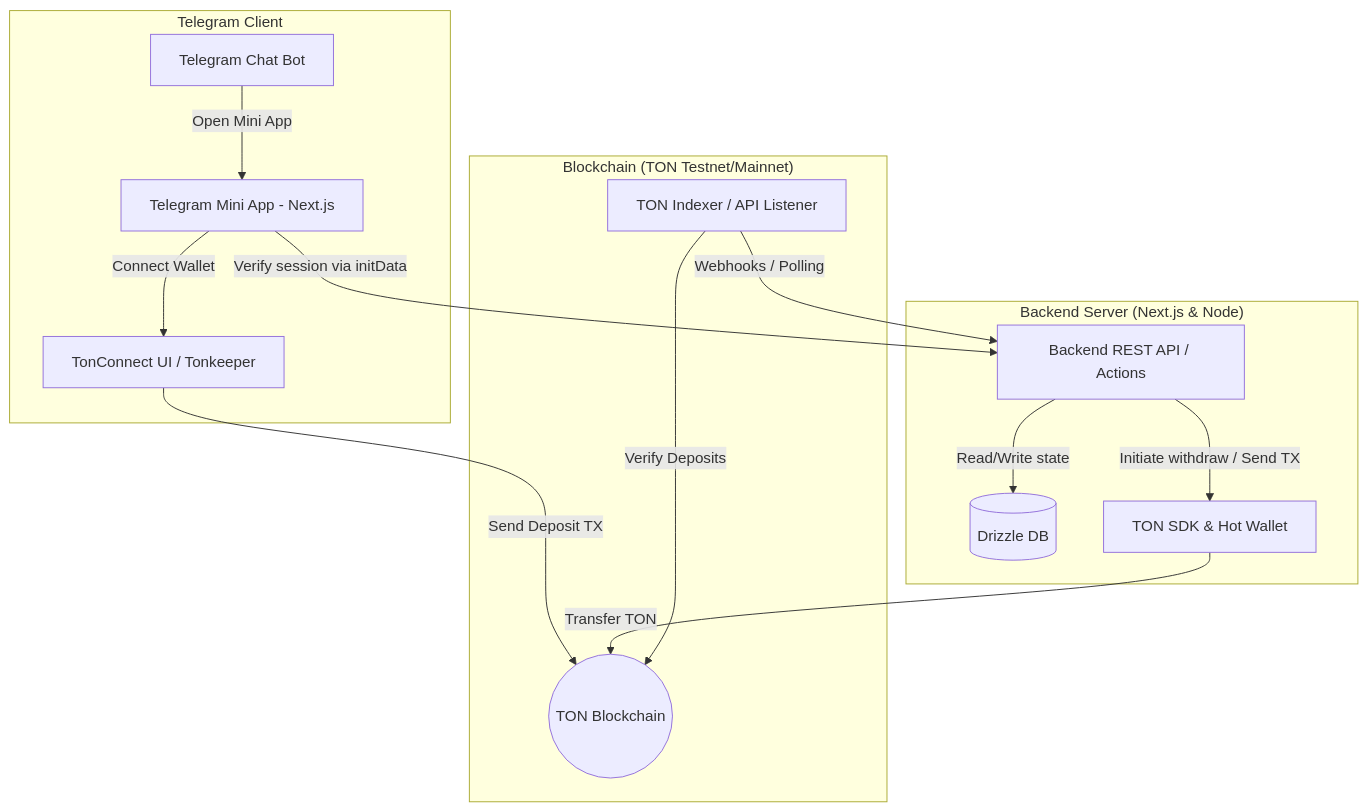
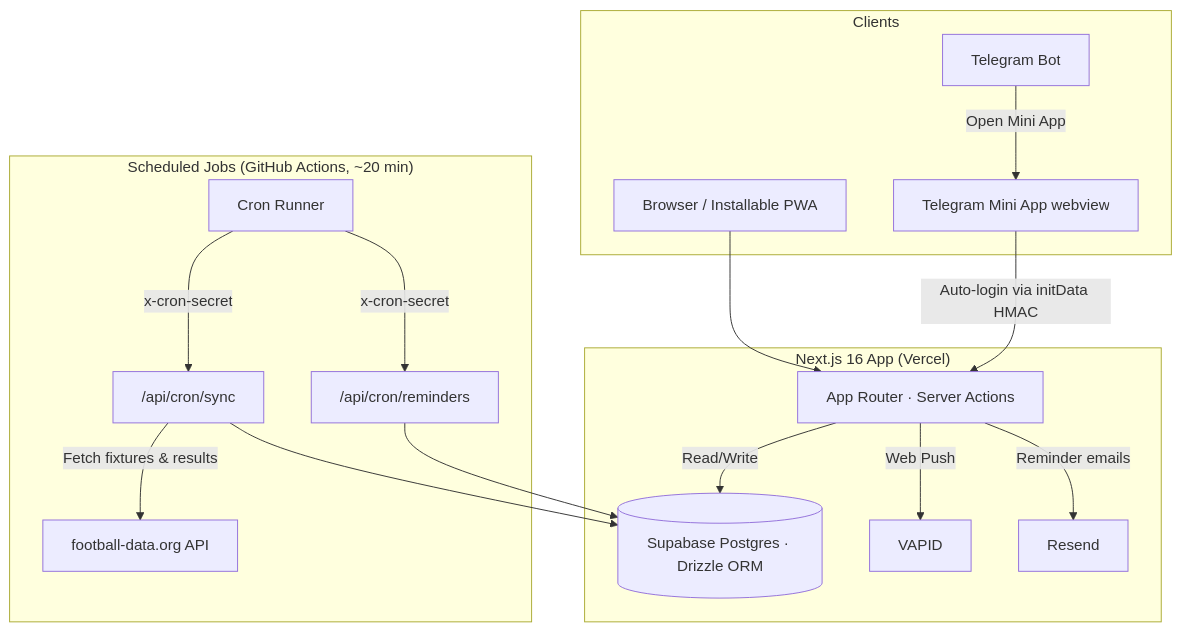
The diagram in README.md (sobhanashine/1ybet), drawn with Mermaid before and after one commit. The commit also changed other lines of this file, not shown here.

Commit message:
feat: update README with enhanced core features and system architecture details

````diff
--- a/README.md
+++ b/README.md
@@ -34,20 +39,23 @@
 ```mermaid
 graph TD
-    subgraph "Telegram Client"
-        TG[Telegram Chat Bot] -->|Open Mini App| TMA[Telegram Mini App - Next.js]
-        TMA -->|Connect Wallet| TC[TonConnect UI / Tonkeeper]
+    subgraph "Clients"
+        WEB[Browser / Installable PWA]
+        TG[Telegram Bot] -->|Open Mini App| TMA[Telegram Mini App webview]
     end
 
-    subgraph "Backend Server (Next.js & Node)"
-        TMA -->|Verify session via initData| API[Backend REST API / Actions]
-        API -->|Read/Write state| DB[(Drizzle DB)]
-        API -->|Initiate withdraw / Send TX| TON_SDK[TON SDK & Hot Wallet]
+    subgraph "Next.js 16 App (Vercel)"
+        WEB --> APP[App Router · Server Actions]
+        TMA -->|Auto-login via initData HMAC| APP
+        APP -->|Read/Write| DB[(Supabase Postgres · Drizzle ORM)]
+        APP -->|Web Push| PUSH[VAPID]
+        APP -->|Reminder emails| MAIL[Resend]
     end
 
-    subgraph "Blockchain (TON Testnet/Mainnet)"
-        TC -->|Send Deposit TX| TON_NET((TON Blockchain))
-        TON_SDK -->|Transfer TON| TON_NET
-        SCAN[TON Indexer / API Listener] -->|Verify Deposits| TON_NET
-        SCAN -->|Webhooks / Polling| API
+    subgraph "Scheduled Jobs (GitHub Actions, ~20 min)"
+        CRON[Cron Runner] -->|x-cron-secret| SYNC["/api/cron/sync"]
+        CRON -->|x-cron-secret| REM["/api/cron/reminders"]
+        SYNC -->|Fetch fixtures & results| FD[football-data.org API]
+        SYNC --> DB
+        REM --> DB
     end
 ```
````
